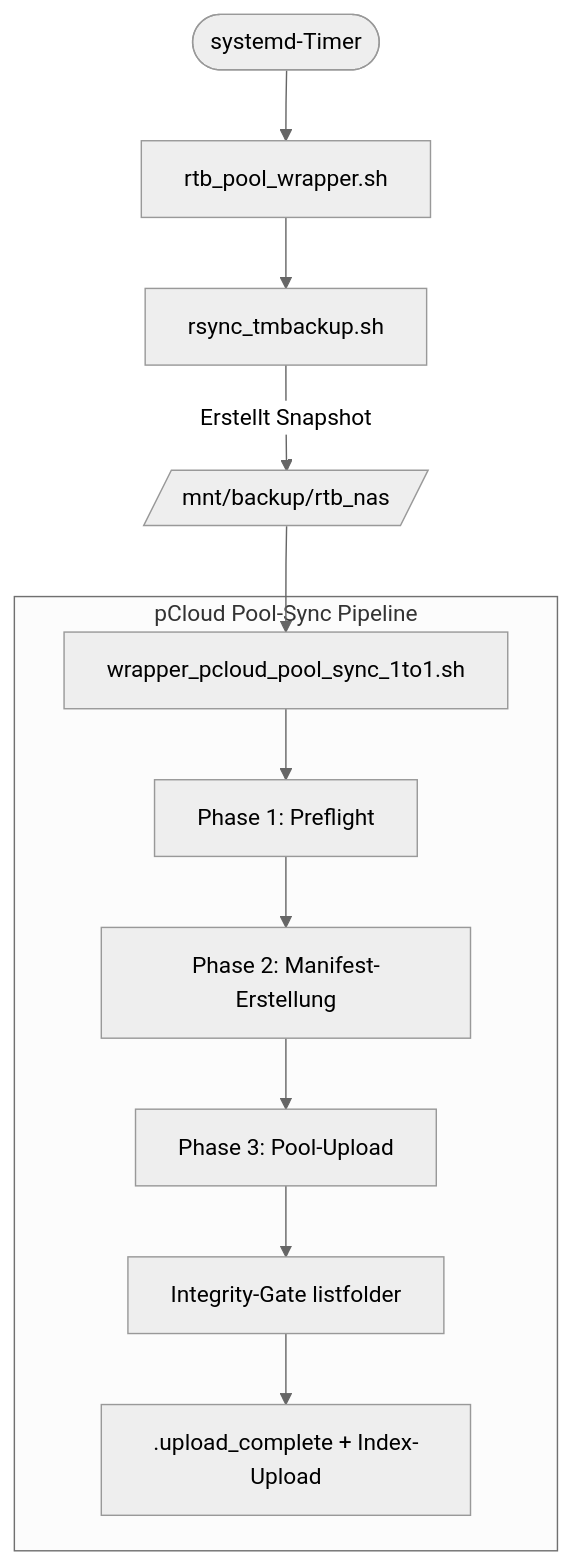
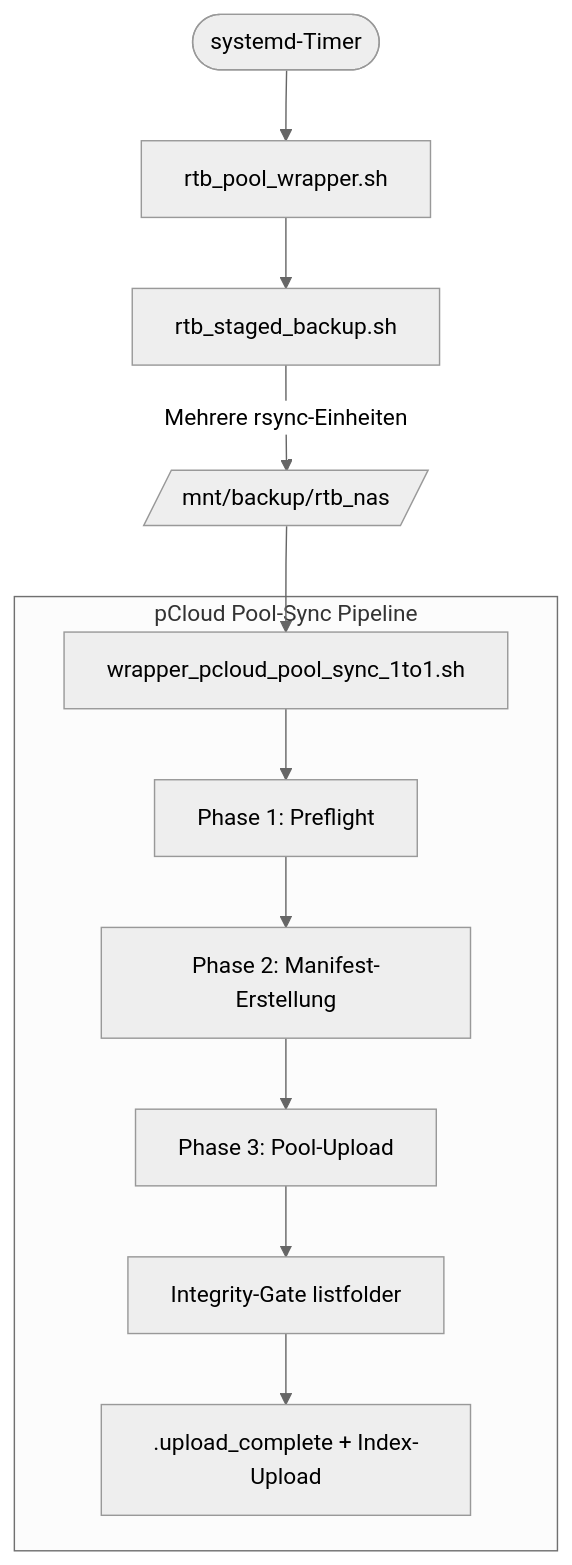
The first of 2 diagrams in docs/ARCHITECTURE.md (lastphoenx/pcloud-tools), drawn with Mermaid (neutral theme) before and after one commit. The commit also changed other lines of this file and 6 other files, not shown here.

First line of the commit message:
docs(ops): staged RTB changelog and restore-pipeline-services script

````diff
--- a/docs/ARCHITECTURE.md
+++ b/docs/ARCHITECTURE.md
@@ -29,15 +29,15 @@
 ```mermaid
 flowchart TD
     Timer([systemd-Timer]) --> RTB_Wrapper[rtb_pool_wrapper.sh]
-    RTB_Wrapper --> RSYNC[rsync_tmbackup.sh]
-    RSYNC -- "Erstellt Snapshot" --> NAS_DIR[/mnt/backup/rtb_nas/]
+    RTB_Wrapper --> STAGED[rtb_staged_backup.sh]
+    STAGED -- "Mehrere rsync-Einheiten" --> NAS_DIR[/mnt/backup/rtb_nas/]
     NAS_DIR --> PCLOUD_WRAPPER[wrapper_pcloud_pool_sync_1to1.sh]
 
     subgraph Pipeline [pCloud Pool-Sync Pipeline]
     PCLOUD_WRAPPER --> P1[Phase 1: Preflight]
     P1 --> P2[Phase 2: Manifest-Erstellung]
     P2 --> P3[Phase 3: Pool-Upload]
     P3 --> P4[Integrity-Gate listfolder]
     P4 --> P5[.upload_complete + Index-Upload]
     end
 ```
````
